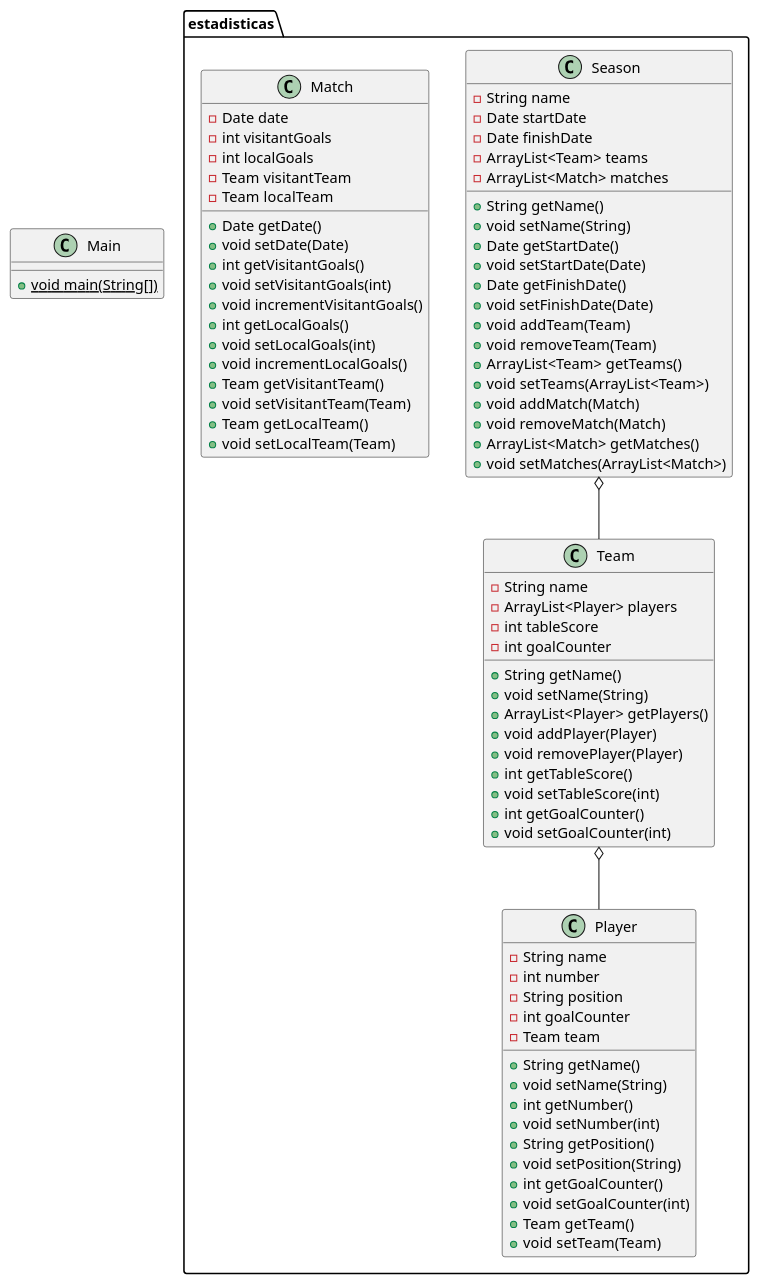
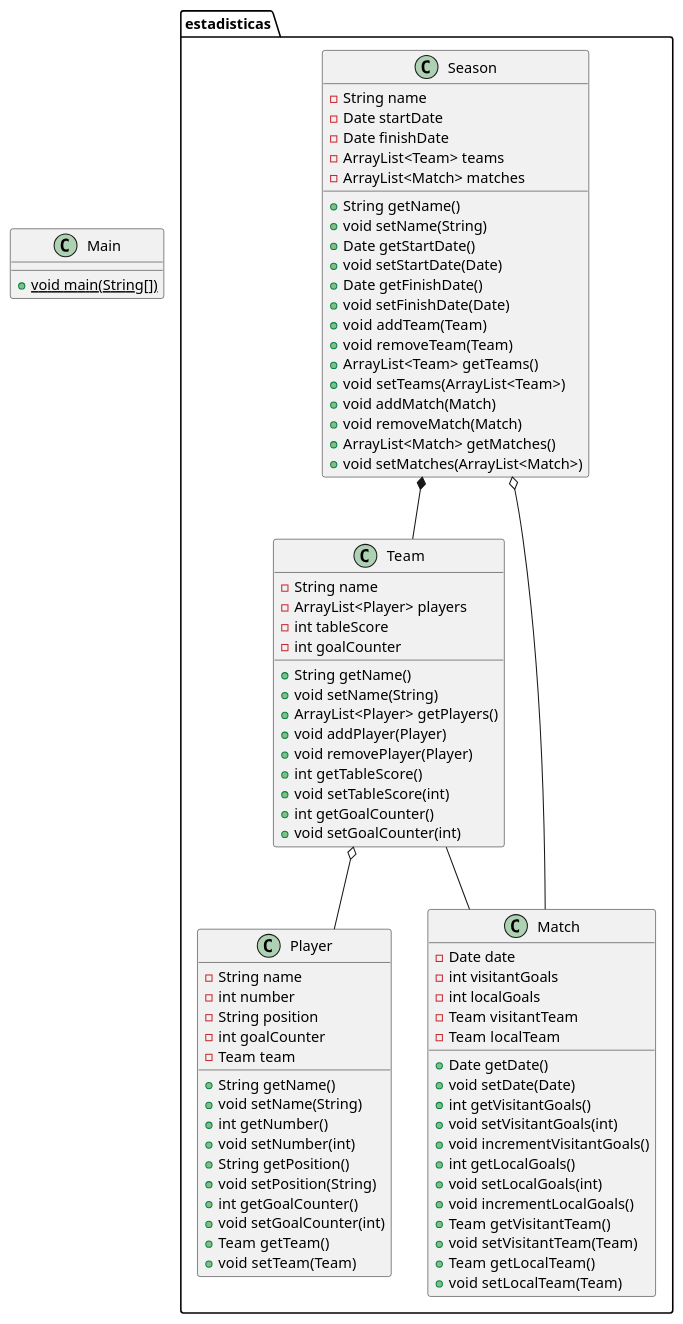
Before and after one commit to davinci-as/23.2_poo: the diagram in clase_13/class_diagram.puml, drawn with PlantUML. The commit also changed 1 other file, not shown here.

```diff
--- a/clase_13/class_diagram.puml
+++ b/clase_13/class_diagram.puml
@@ -1,80 +1,82 @@
 @startuml
 class estadisticas.Team {
 - String name
 - ArrayList<Player> players
 - int tableScore
 - int goalCounter
 + String getName()
 + void setName(String)
 + ArrayList<Player> getPlayers()
 + void addPlayer(Player)
 + void removePlayer(Player)
 + int getTableScore()
 + void setTableScore(int)
 + int getGoalCounter()
 + void setGoalCounter(int)
 }
 class estadisticas.Season {
 - String name
 - Date startDate
 - Date finishDate
 - ArrayList<Team> teams
 - ArrayList<Match> matches
 + String getName()
 + void setName(String)
 + Date getStartDate()
 + void setStartDate(Date)
 + Date getFinishDate()
 + void setFinishDate(Date)
 + void addTeam(Team)
 + void removeTeam(Team)
 + ArrayList<Team> getTeams()
 + void setTeams(ArrayList<Team>)
 + void addMatch(Match)
 + void removeMatch(Match)
 + ArrayList<Match> getMatches()
 + void setMatches(ArrayList<Match>)
 }
 class Main {
 + {static} void main(String[])
 }
 class estadisticas.Match {
 - Date date
 - int visitantGoals
 - int localGoals
 - Team visitantTeam
 - Team localTeam
 + Date getDate()
 + void setDate(Date)
 + int getVisitantGoals()
 + void setVisitantGoals(int)
 + void incrementVisitantGoals()
 + int getLocalGoals()
 + void setLocalGoals(int)
 + void incrementLocalGoals()
 + Team getVisitantTeam()
 + void setVisitantTeam(Team)
 + Team getLocalTeam()
 + void setLocalTeam(Team)
 }
 class estadisticas.Player {
 - String name
 - int number
 - String position
 - int goalCounter
 - Team team
 + String getName()
 + void setName(String)
 + int getNumber()
 + void setNumber(int)
 + String getPosition()
 + void setPosition(String)
 + int getGoalCounter()
 + void setGoalCounter(int)
 + Team getTeam()
 + void setTeam(Team)
 }
 
 estadisticas.Team o-- estadisticas.Player
-estadisticas.Season o-- estadisticas.Team
+estadisticas.Team -- estadisticas.Match
+estadisticas.Season *-- estadisticas.Team
+estadisticas.Season o-- estadisticas.Match
 @enduml
```
